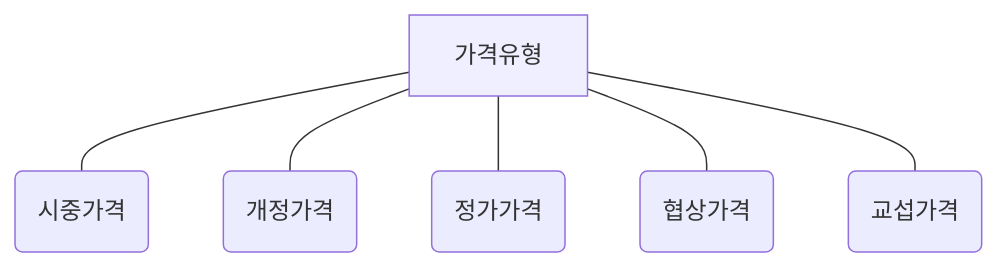
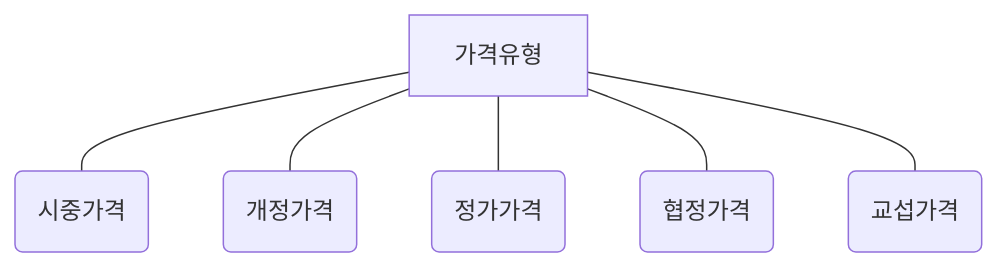
Before and after one commit to yeonkyupark/pepc2e: the third of 5 diagrams in 0103구매와외주전략.qmd, drawn with Mermaid. The commit also changed other lines of this file, not shown here.

````diff
--- a/0103구매와외주전략.qmd
+++ b/0103구매와외주전략.qmd
@@ -135,15 +137,15 @@
 ```{mermaid}
 %%| fig-cap: "가격 유형"
 
 flowchart TB
 00["가격유형"]
 10("시중가격")
 20("개정가격")
 30("정가가격")
-40("협상가격")
+40("협정가격")
 50("교섭가격")
 
 00 --- 10 & 20 & 30 & 40 & 50
 
 style 00 fill:#efefff 
 ```
````
